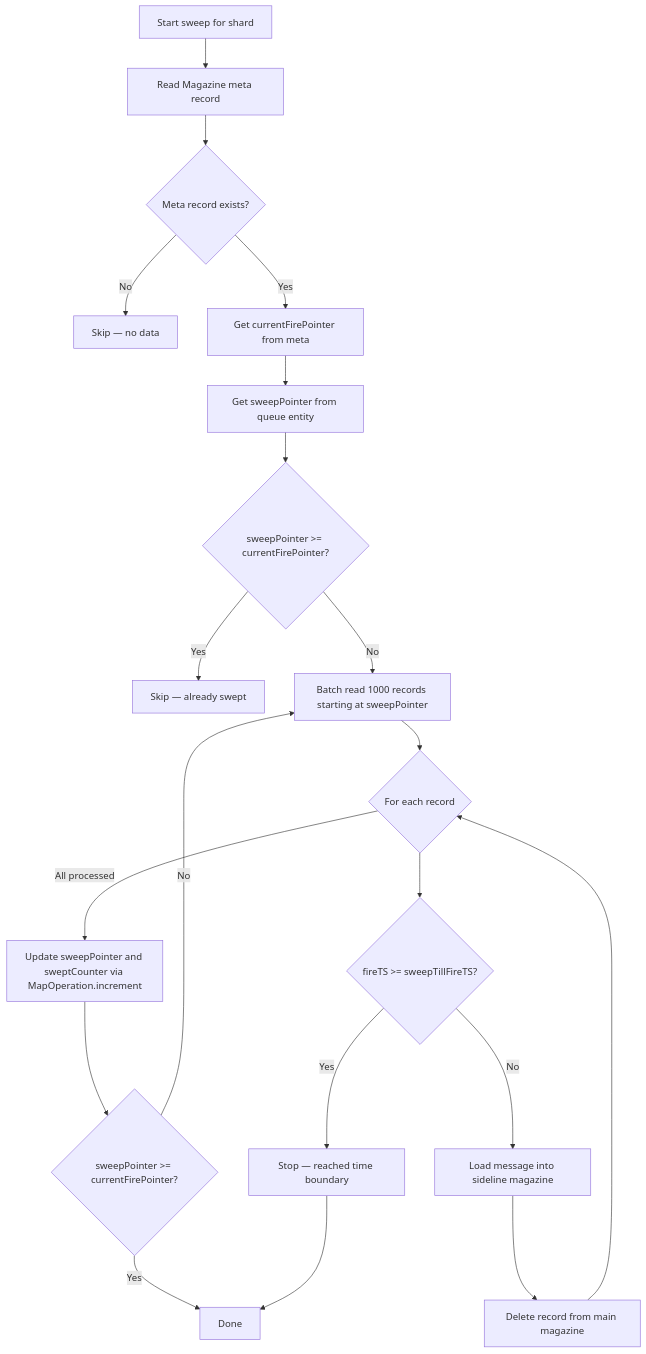
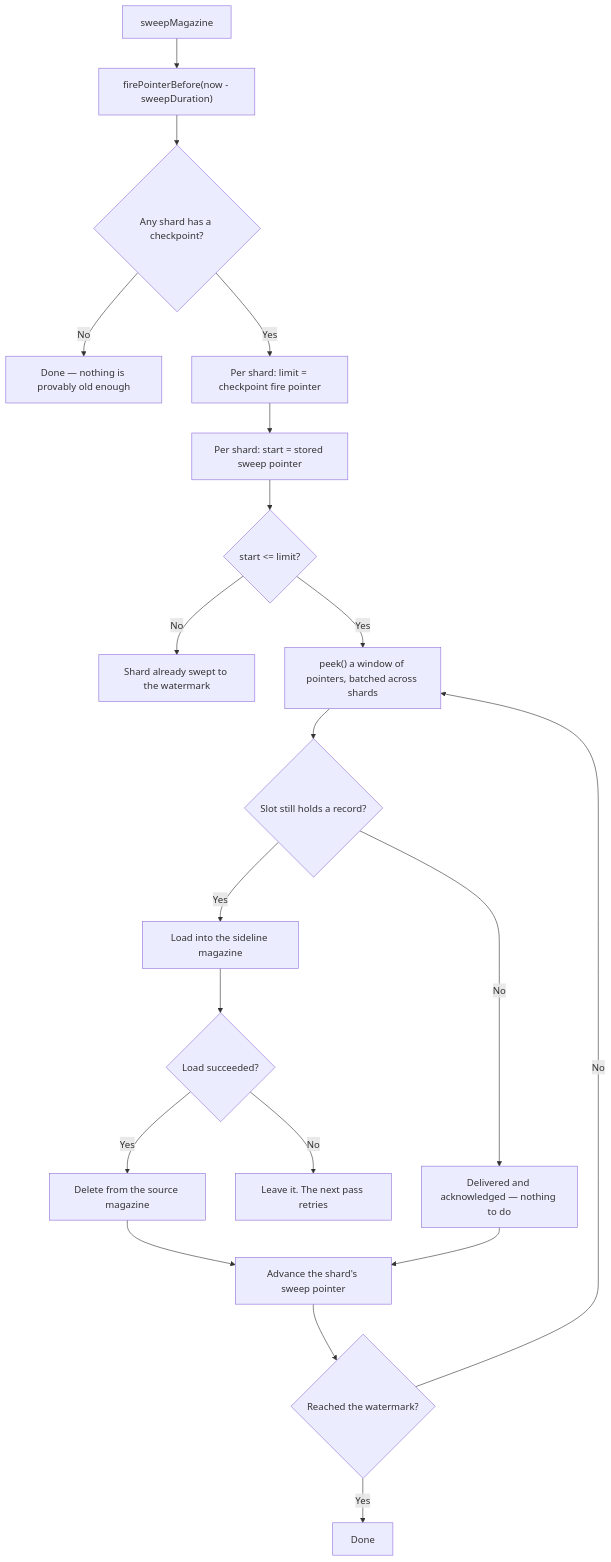
The diagram in docs/docs/backends/aerospike.md (PhonePe/IgnisMQ), drawn with Mermaid before and after one commit. The commit also changed other lines of this file and 39 other files, not shown here.

````diff
--- a/docs/docs/backends/aerospike.md
+++ b/docs/docs/backends/aerospike.md
@@ -152,22 +188,22 @@
 ```mermaid
 flowchart TD
-    A[Start sweep for shard] --> B[Read Magazine meta record]
-    B --> C{Meta record exists?}
-    C -- No --> Z[Skip — no data]
-    C -- Yes --> D[Get currentFirePointer from meta]
-    D --> E[Get sweepPointer from queue entity]
-    E --> F{sweepPointer >= currentFirePointer?}
-    F -- Yes --> Z2[Skip — already swept]
-    F -- No --> G[Batch read 1000 records starting at sweepPointer]
-    G --> H{For each record}
-    H --> I{fireTS >= sweepTillFireTS?}
-    I -- Yes --> J[Stop — reached time boundary]
-    I -- No --> K[Load message into sideline magazine]
-    K --> L[Delete record from main magazine]
-    L --> H
-    H -- All processed --> M[Update sweepPointer and sweptCounter via MapOperation.increment]
-    M --> N{sweepPointer >= currentFirePointer?}
-    N -- Yes --> O[Done]
-    N -- No --> G
-    J --> O
+    A[sweepMagazine] --> B["firePointerBefore(now - sweepDuration)"]
+    B --> C{Any shard has a checkpoint?}
+    C -- No --> Z[Done — nothing is provably old enough]
+    C -- Yes --> D[Per shard: limit = checkpoint fire pointer]
+    D --> E[Per shard: start = stored sweep pointer]
+    E --> F{start &lt;= limit?}
+    F -- No --> Z2[Shard already swept to the watermark]
+    F -- Yes --> G["peek() a window of pointers, batched across shards"]
+    G --> H{Slot still holds a record?}
+    H -- No --> I[Delivered and acknowledged — nothing to do]
+    H -- Yes --> J[Load into the sideline magazine]
+    J --> K{Load succeeded?}
+    K -- No --> L[Leave it. The next pass retries]
+    K -- Yes --> M[Delete from the source magazine]
+    M --> N[Advance the shard's sweep pointer]
+    I --> N
+    N --> O{Reached the watermark?}
+    O -- No --> G
+    O -- Yes --> Z3[Done]
 ```
````
